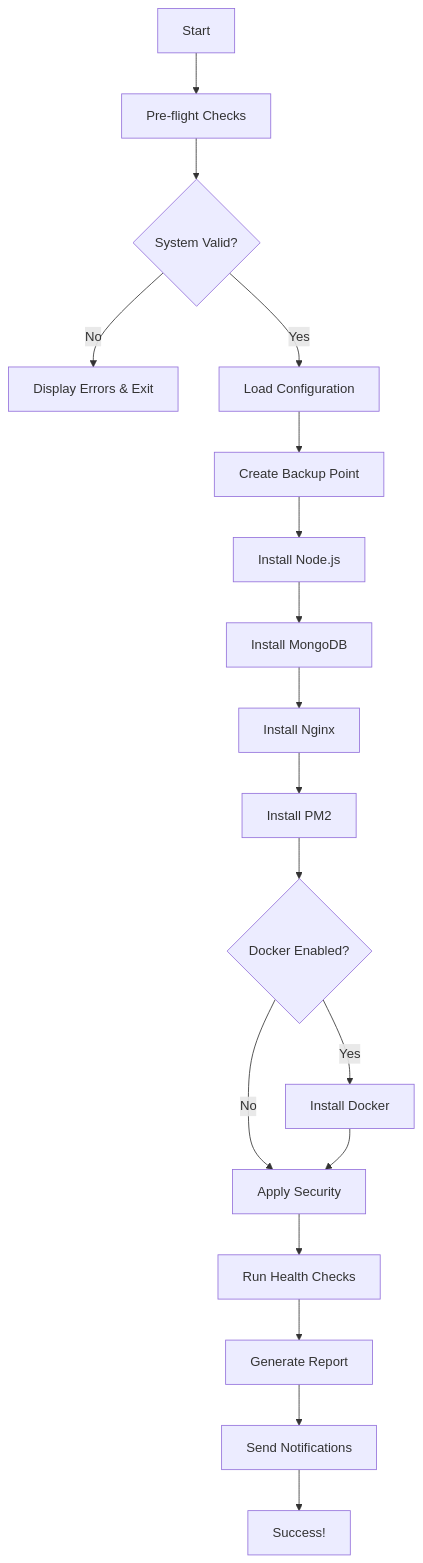
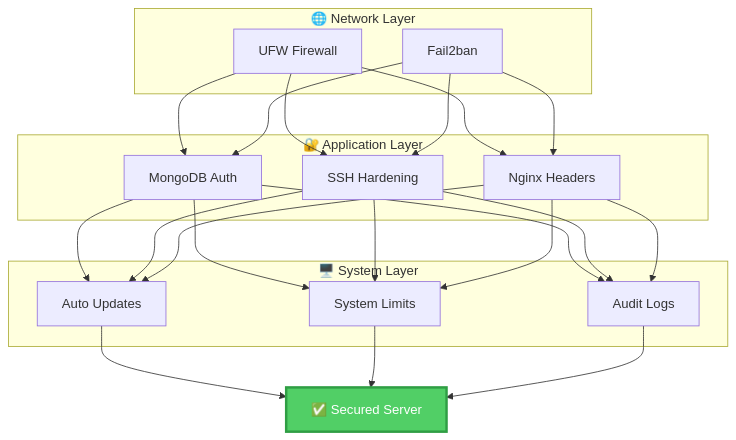
The seventh of 7 diagrams in README.md (naveed-gung/Auto-Server-Script), drawn with Mermaid before and after one commit. The commit also changed other lines of this file, not shown here.

````diff
--- a/README.md
+++ b/README.md
@@ -703,20 +1290,25 @@
 ```mermaid
-graph TD
-    A[Start] --> B[Pre-flight Checks]
-    B --> C{System Valid?}
-    C -->|No| D[Display Errors & Exit]
-    C -->|Yes| E[Load Configuration]
-    E --> F[Create Backup Point]
-    F --> G[Install Node.js]
-    G --> H[Install MongoDB]
-    H --> I[Install Nginx]
-    I --> J[Install PM2]
-    J --> K{Docker Enabled?}
-    K -->|Yes| L[Install Docker]
-    K -->|No| M[Apply Security]
-    L --> M
-    M --> N[Run Health Checks]
-    N --> O[Generate Report]
-    O --> P[Send Notifications]
-    P --> Q[Success!]
+graph TB
+    subgraph "🌐 Network Layer"
+        A[UFW Firewall]
+        B[Fail2ban]
+    end
+    
+    subgraph "🔐 Application Layer"
+        C[MongoDB Auth]
+        D[SSH Hardening]
+        E[Nginx Headers]
+    end
+    
+    subgraph "🖥️ System Layer"
+        F[Auto Updates]
+        G[System Limits]
+        H[Audit Logs]
+    end
+    
+    A & B --> C & D & E
+    C & D & E --> F & G & H
+    F & G & H --> I[✅ Secured Server]
+    
+    style I fill:#51cf66,stroke:#2f9e44,stroke-width:3px,color:#fff
 ```
````
